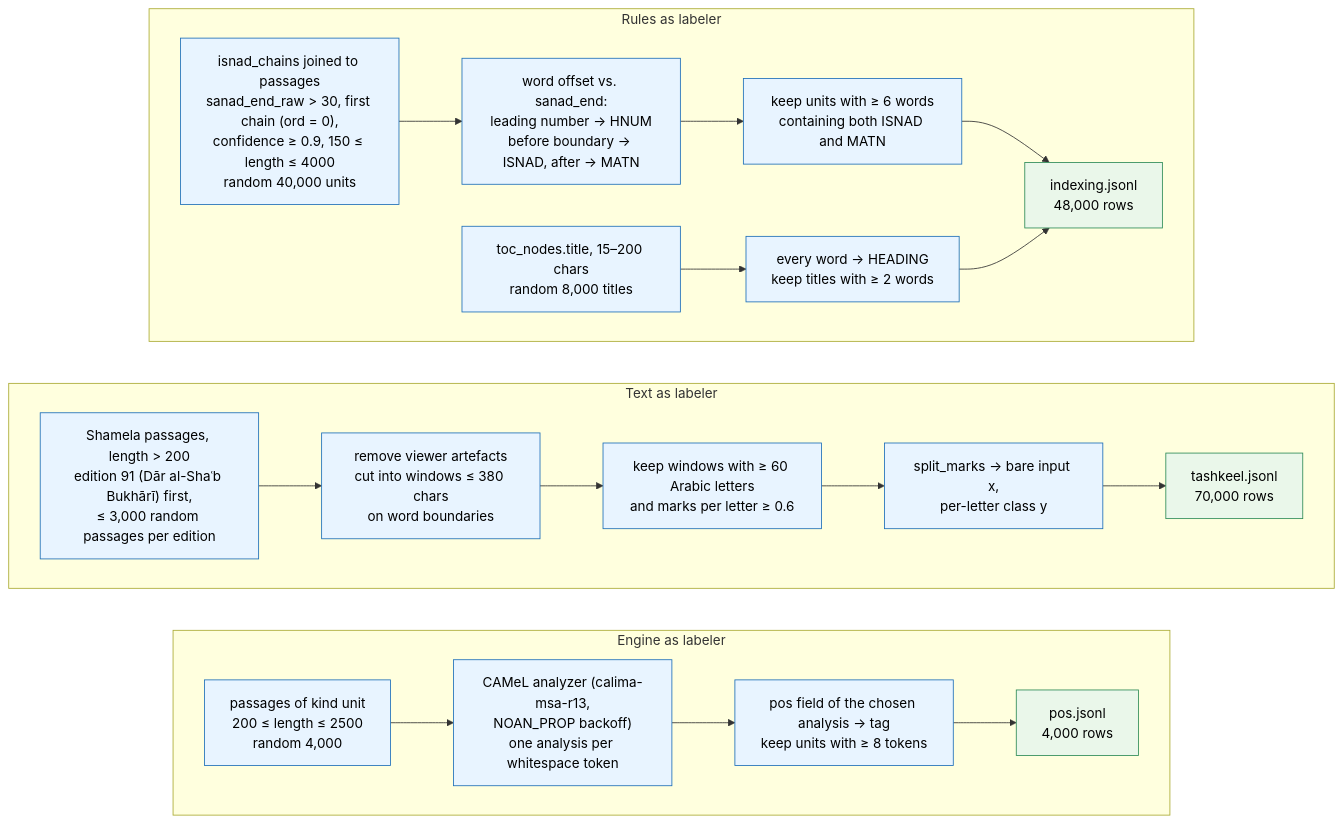
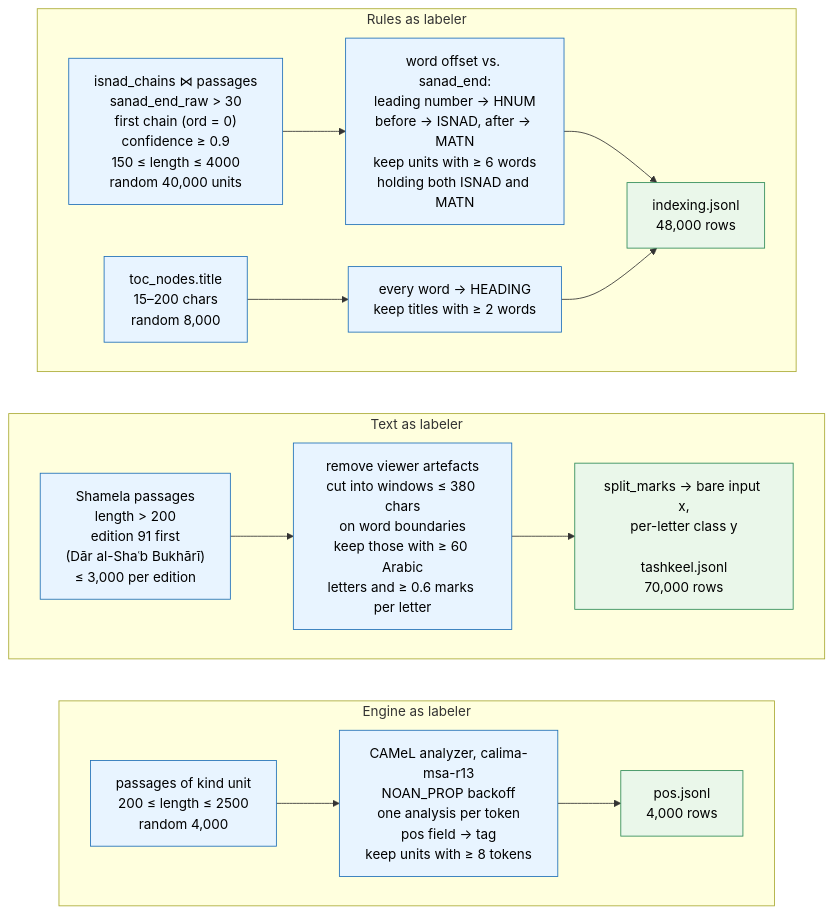
One commit to mohammadkhair7/khair-arabic-models changed the second of 14 diagrams in docs/PAPER.md. Above: the diagram before and after it, drawn with Mermaid. The commit also changed other lines of this file and 9 other files, not shown here.

First line of the commit message:
webapp: name POS and structure tags in English or Arabic

````diff
--- a/docs/PAPER.md
+++ b/docs/PAPER.md
@@ -390,30 +394,26 @@
 ```mermaid
 flowchart TB
     subgraph R["Rules as labeler"]
         direction LR
-        R1["isnad_chains joined to passages<br/>sanad_end_raw > 30, first chain (ord = 0),<br/>confidence ≥ 0.9, 150 ≤ length ≤ 4000<br/>random 40,000 units"] --> R2["word offset vs. sanad_end:<br/>leading number → HNUM<br/>before boundary → ISNAD, after → MATN"]
-        R2 --> R3["keep units with ≥ 6 words<br/>containing both ISNAD and MATN"]
-        R4["toc_nodes.title, 15–200 chars<br/>random 8,000 titles"] --> R5["every word → HEADING<br/>keep titles with ≥ 2 words"]
-        R3 --> RD["indexing.jsonl<br/>48,000 rows"]
+        R1["isnad_chains ⋈ passages<br/>sanad_end_raw > 30<br/>first chain (ord = 0)<br/>confidence ≥ 0.9<br/>150 ≤ length ≤ 4000<br/>random 40,000 units"] --> R2["word offset vs. sanad_end:<br/>leading number → HNUM<br/>before → ISNAD, after → MATN<br/>keep units with ≥ 6 words<br/>holding both ISNAD and MATN"]
+        R4["toc_nodes.title<br/>15–200 chars<br/>random 8,000"] --> R5["every word → HEADING<br/>keep titles with ≥ 2 words"]
+        R2 --> RD["indexing.jsonl<br/>48,000 rows"]
         R5 --> RD
     end
     subgraph T["Text as labeler"]
         direction LR
-        T1["Shamela passages, length > 200<br/>edition 91 (Dār al-Shaʿb Bukhārī) first,<br/>≤ 3,000 random passages per edition"] --> T2["remove viewer artefacts<br/>cut into windows ≤ 380 chars<br/>on word boundaries"]
-        T2 --> T3["keep windows with ≥ 60 Arabic letters<br/>and marks per letter ≥ 0.6"]
-        T3 --> T4["split_marks → bare input x,<br/>per-letter class y"]
-        T4 --> TD["tashkeel.jsonl<br/>70,000 rows"]
+        T1["Shamela passages<br/>length > 200<br/>edition 91 first<br/>(Dār al-Shaʿb Bukhārī)<br/>≤ 3,000 per edition"] --> T2["remove viewer artefacts<br/>cut into windows ≤ 380 chars<br/>on word boundaries<br/>keep those with ≥ 60 Arabic<br/>letters and ≥ 0.6 marks per letter"]
+        T2 --> TD["split_marks → bare input x,<br/>per-letter class y<br/><br/>tashkeel.jsonl<br/>70,000 rows"]
     end
     subgraph E["Engine as labeler"]
         direction LR
-        E1["passages of kind unit<br/>200 ≤ length ≤ 2500<br/>random 4,000"] --> E2["CAMeL analyzer (calima-msa-r13,<br/>NOAN_PROP backoff)<br/>one analysis per whitespace token"]
-        E2 --> E3["pos field of the chosen analysis → tag<br/>keep units with ≥ 8 tokens"]
-        E3 --> ED["pos.jsonl<br/>4,000 rows"]
+        E1["passages of kind unit<br/>200 ≤ length ≤ 2500<br/>random 4,000"] --> E2["CAMeL analyzer, calima-msa-r13<br/>NOAN_PROP backoff<br/>one analysis per token<br/>pos field → tag<br/>keep units with ≥ 8 tokens"]
+        E2 --> ED["pos.jsonl<br/>4,000 rows"]
     end
     R ~~~ T
     T ~~~ E
     classDef data fill:#e8f4ff,stroke:#1e6fb8,color:#000
     classDef out fill:#eaf7ea,stroke:#2e8b57,color:#000
-    class R1,R2,R3,R4,R5,T1,T2,T3,T4,E1,E2,E3 data
+    class R1,R2,R4,R5,T1,T2,E1,E2 data
     class RD,TD,ED out
 ```
````
